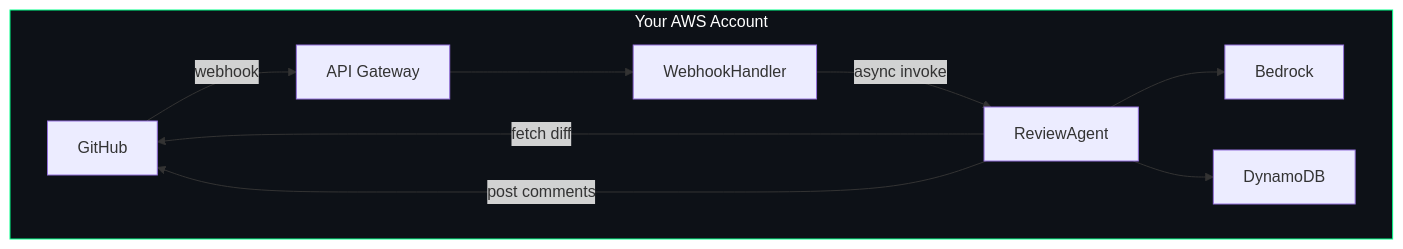
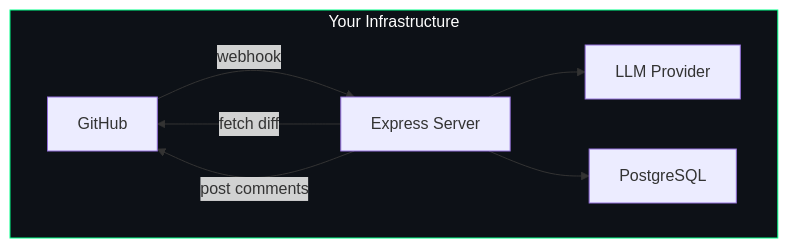
One commit to santthosh/documentation changed the third of 4 diagrams in overview/how-it-works.mdx. Above: the diagram before and after it, drawn with Mermaid. The commit also changed other lines of this file and 33 other files, not shown here.

First line of the commit message:
Rewrite docs for two-mode architecture (self-hosted + SaaS)

````diff
--- a/overview/how-it-works.mdx
+++ b/overview/how-it-works.mdx
@@ -160,15 +227,13 @@
 ```mermaid
 flowchart LR
-    subgraph your["Your AWS Account"]
+    subgraph yours["Your Infrastructure"]
         direction LR
-        GH["GitHub"] -->|webhook| AG["API Gateway"]
-        AG --> WH["WebhookHandler"]
-        WH -->|async invoke| RA["ReviewAgent"]
-        RA -->|fetch diff| GH
-        RA --> BR["Bedrock"]
-        RA --> DB["DynamoDB"]
-        RA -->|post comments| GH
+        GH["GitHub"] -->|webhook| EX["Express Server"]
+        EX -->|fetch diff| GH
+        EX --> LLM["LLM Provider"]
+        EX --> PG["PostgreSQL"]
+        EX -->|post comments| GH
     end
 
-    style your fill:#0d1117,stroke:#00ff88,color:#fff
+    style yours fill:#0d1117,stroke:#00ff88,color:#fff
 ```
````
